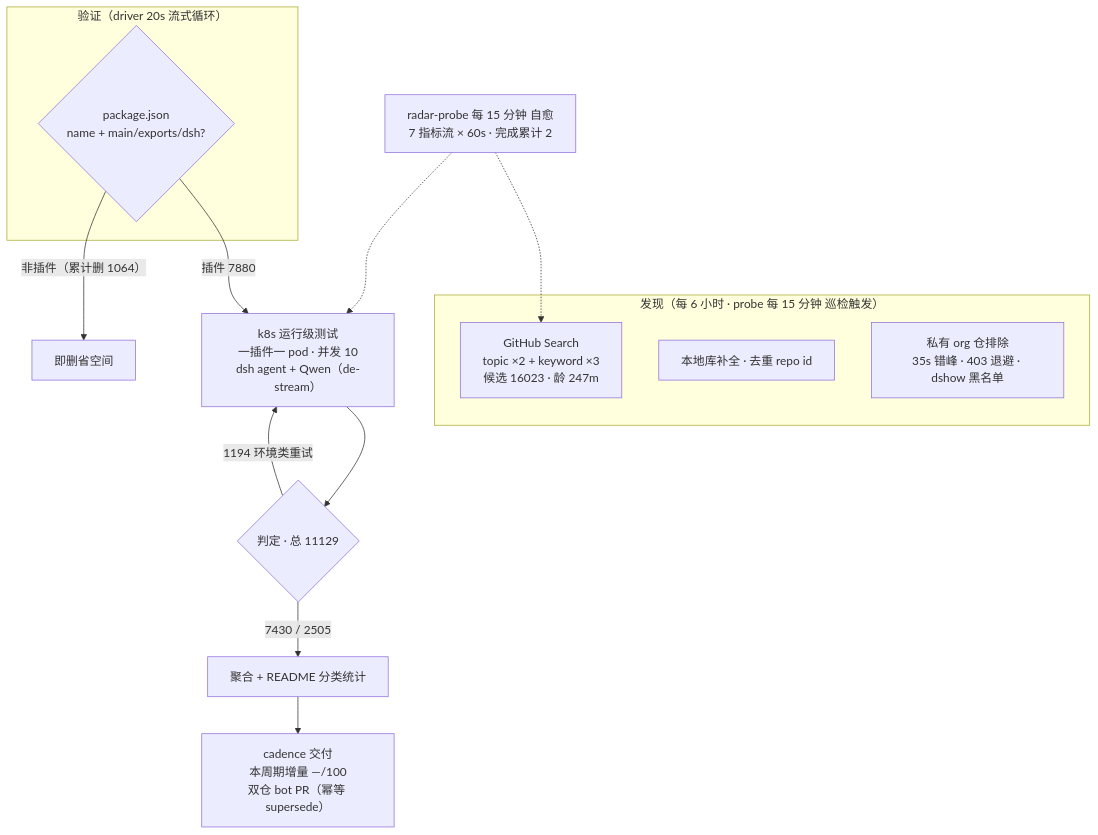
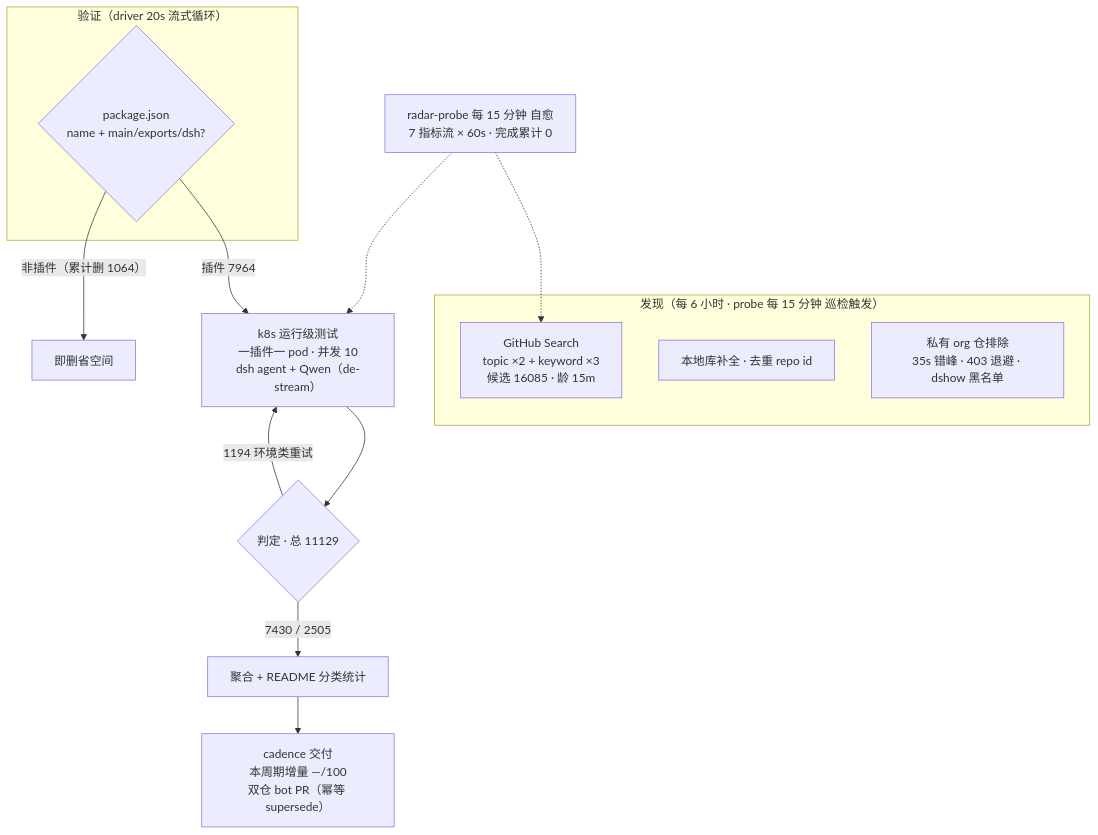
Before and after one commit to AdamPlatin123/awesome-dsh-plugins: the diagram in README.md, drawn with Mermaid. The commit also changed other lines of this file and 4 other files, not shown here.

````diff
--- a/README.md
+++ b/README.md
@@ -52,20 +52,20 @@
 ```mermaid
 flowchart TB
     subgraph Discovery["发现（每 6 小时 · probe 每 15 分钟 巡检触发）"]
-        A1["GitHub Search<br/>topic ×2 + keyword ×3<br/>候选 16023 · 龄 247m"]
+        A1["GitHub Search<br/>topic ×2 + keyword ×3<br/>候选 16085 · 龄 15m"]
         A2["本地库补全 · 去重 repo id"]
         A3["私有 org 仓排除<br/>35s 错峰 · 403 退避 · dshow 黑名单"]
     end
     subgraph Validation["验证（driver 20s 流式循环）"]
         B1{"package.json<br/>name + main/exports/dsh?"}
     end
-    B1 -->|"插件 7880"| C1["k8s 运行级测试<br/>一插件一 pod · 并发 10<br/>dsh agent + Qwen（de-stream）"]
+    B1 -->|"插件 7964"| C1["k8s 运行级测试<br/>一插件一 pod · 并发 10<br/>dsh agent + Qwen（de-stream）"]
     B1 -->|"非插件（累计删 1064）"| B3["即删省空间"]
     C1 --> D1{"判定 · 总 11129"}
     D1 -->|"7430 / 2505"| E1["聚合 + README 分类统计"]
     D1 -->|"1194 环境类重试"| C1
     E1 --> E2["cadence 交付<br/>本周期增量 —/100<br/>双仓 bot PR（幂等 supersede）"]
-    M["radar-probe 每 15 分钟 自愈<br/>7 指标流 × 60s · 完成累计 2"]
+    M["radar-probe 每 15 分钟 自愈<br/>7 指标流 × 60s · 完成累计 0"]
     M -.-> A1
     M -.-> C1
 ```
````
